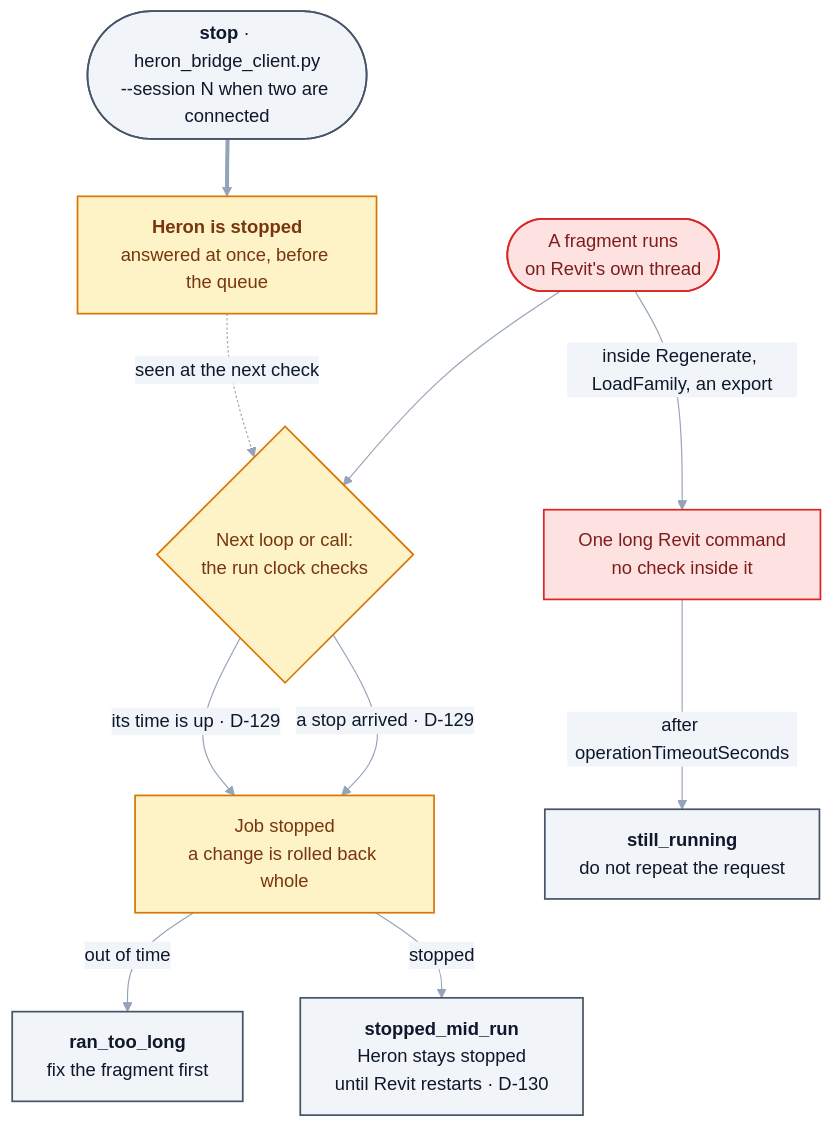
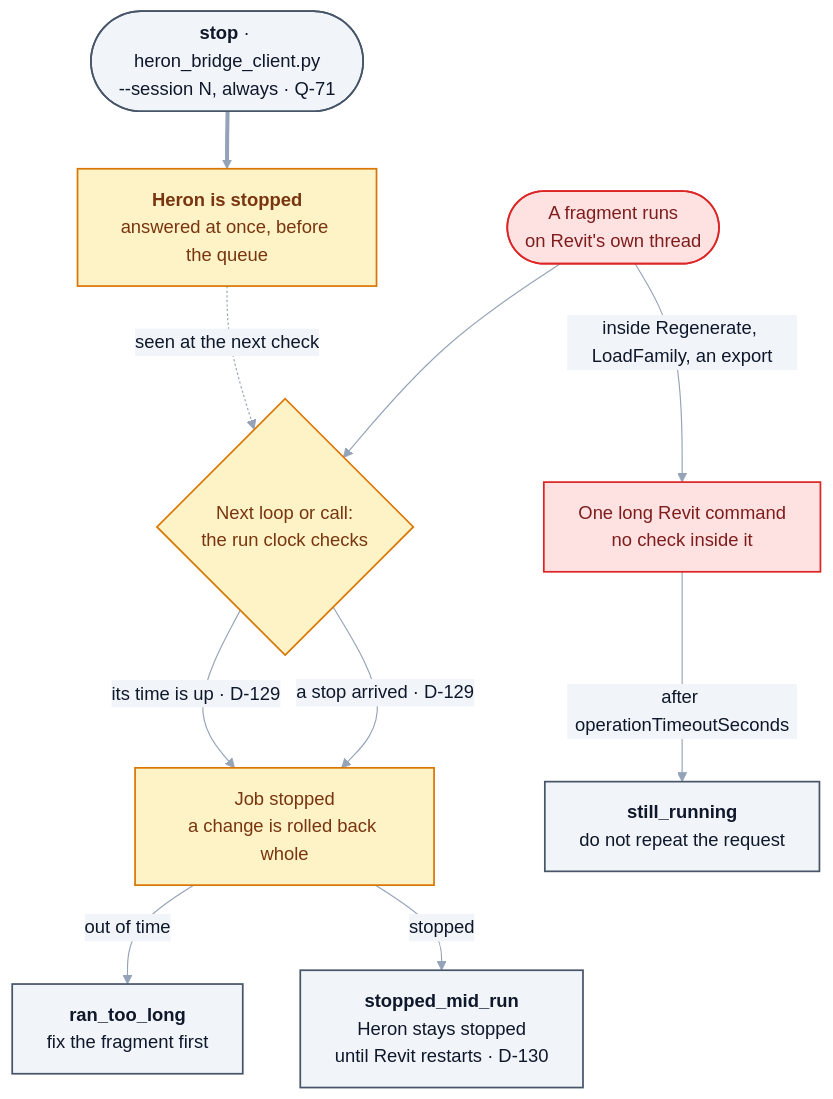
One commit to Ajmalpshaik/Heron-AI changed the diagram in docs/21-resilience-and-operations.md. Above: the diagram before and after it, drawn with Mermaid. The commit also changed other lines of this file and 12 other files, not shown here.

````diff
--- a/docs/21-resilience-and-operations.md
+++ b/docs/21-resilience-and-operations.md
@@ -172,30 +173,30 @@
 ```mermaid
 %%{init: {"themeVariables": {"edgeLabelBackground":"#F1F5F9","lineColor":"#94A3B8","textColor":"#0F172A","tertiaryTextColor":"#0F172A"}}}%%
 flowchart TD
-    CMD(["<b>stop</b> · heron_bridge_client.py<br/>--session N when two are connected"])
+    CMD(["<b>stop</b> · heron_bridge_client.py<br/>--session N, always · Q-71"])
     FLAG["<b>Heron is stopped</b><br/>answered at once, before the queue"]
     F(["A fragment runs<br/>on Revit's own thread"])
     CK{"Next loop or call:<br/>the run clock checks"}
     RB["Job stopped<br/>a change is rolled back whole"]
     T1["<b>ran_too_long</b><br/>fix the fragment first"]
     T2["<b>stopped_mid_run</b><br/>Heron stays stopped<br/>until Revit restarts · D-130"]
     LONG["One long Revit command<br/>no check inside it"]
     SR["<b>still_running</b><br/>do not repeat the request"]
 
     CMD ==> FLAG
     FLAG -.->|seen at the next check| CK
     F --> CK
     CK -->|"its time is up · D-129"| RB
     CK -->|"a stop arrived · D-129"| RB
     RB -->|out of time| T1
     RB -->|stopped| T2
     F -->|"inside Regenerate, LoadFamily, an export"| LONG
     LONG -->|"after operationTimeoutSeconds"| SR
 
     classDef user fill:#F1F5F9,stroke:#475569,stroke-width:1.5px,color:#0F172A
     classDef addin fill:#FEF3C7,stroke:#D97706,stroke-width:1.5px,color:#78350F
     classDef revit fill:#FEE2E2,stroke:#DC2626,stroke-width:1.5px,color:#7F1D1D
     class CMD,T1,T2,SR user
     class FLAG,CK,RB addin
     class F,LONG revit
 ```
````
